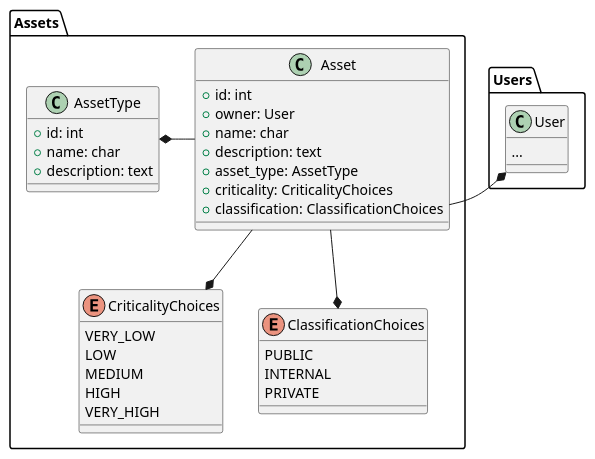
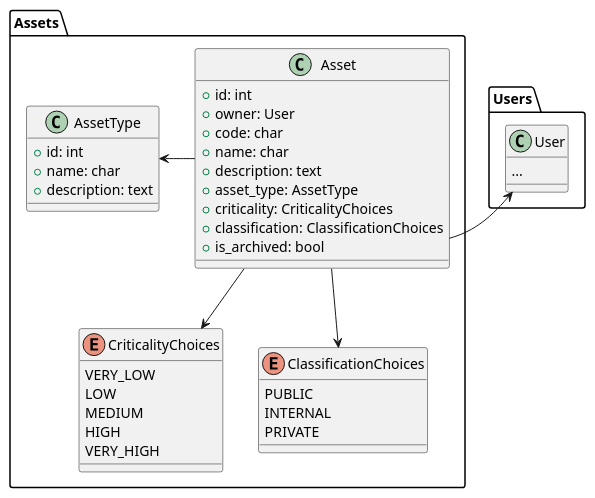
The second of 4 diagrams in docs/rfc/InitialModellingRFC.md (Gabo-araya/sgsi_ext), drawn with PlantUML before and after one commit. The commit also changed other lines of this file, not shown here.

````diff
--- a/docs/rfc/InitialModellingRFC.md
+++ b/docs/rfc/InitialModellingRFC.md
@@ -86,38 +81,40 @@
 ```plantuml
 package Assets {
     class Asset {
         + id: int
         + owner: User
+        + code: char
         + name: char
         + description: text
         + asset_type: AssetType
         + criticality: CriticalityChoices
         + classification: ClassificationChoices
+        + is_archived: bool
     }
     class AssetType {
         + id: int
         + name: char
         + description: text
     }
     enum CriticalityChoices {
         VERY_LOW
         LOW
         MEDIUM
         HIGH
         VERY_HIGH
     }
     enum ClassificationChoices {
         PUBLIC
         INTERNAL
         PRIVATE
     }
 }
 class Users.User {
     ...
 }
 
-Assets.Asset -right* Users.User
-Assets.Asset -left* Assets.AssetType
-Assets.Asset --* Assets.CriticalityChoices
-Assets.Asset --* Assets.ClassificationChoices
+Assets.Asset -right> Users.User
+Assets.Asset -left> Assets.AssetType
+Assets.Asset --> Assets.CriticalityChoices
+Assets.Asset --> Assets.ClassificationChoices
 ```
````
